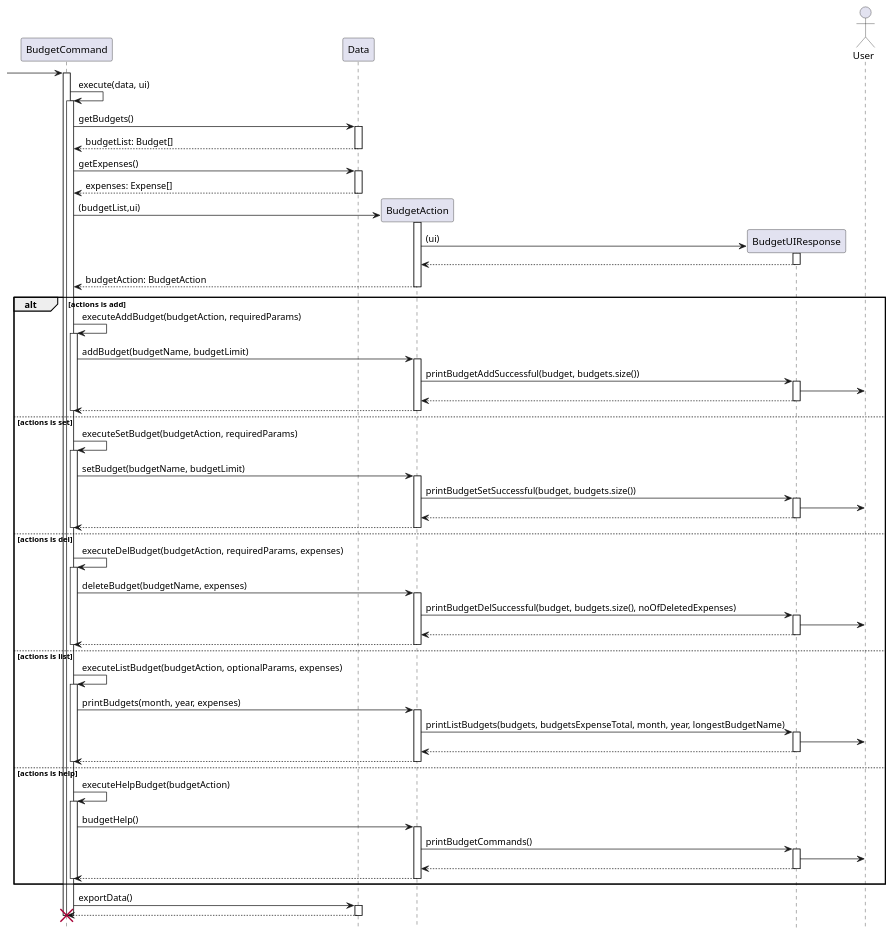
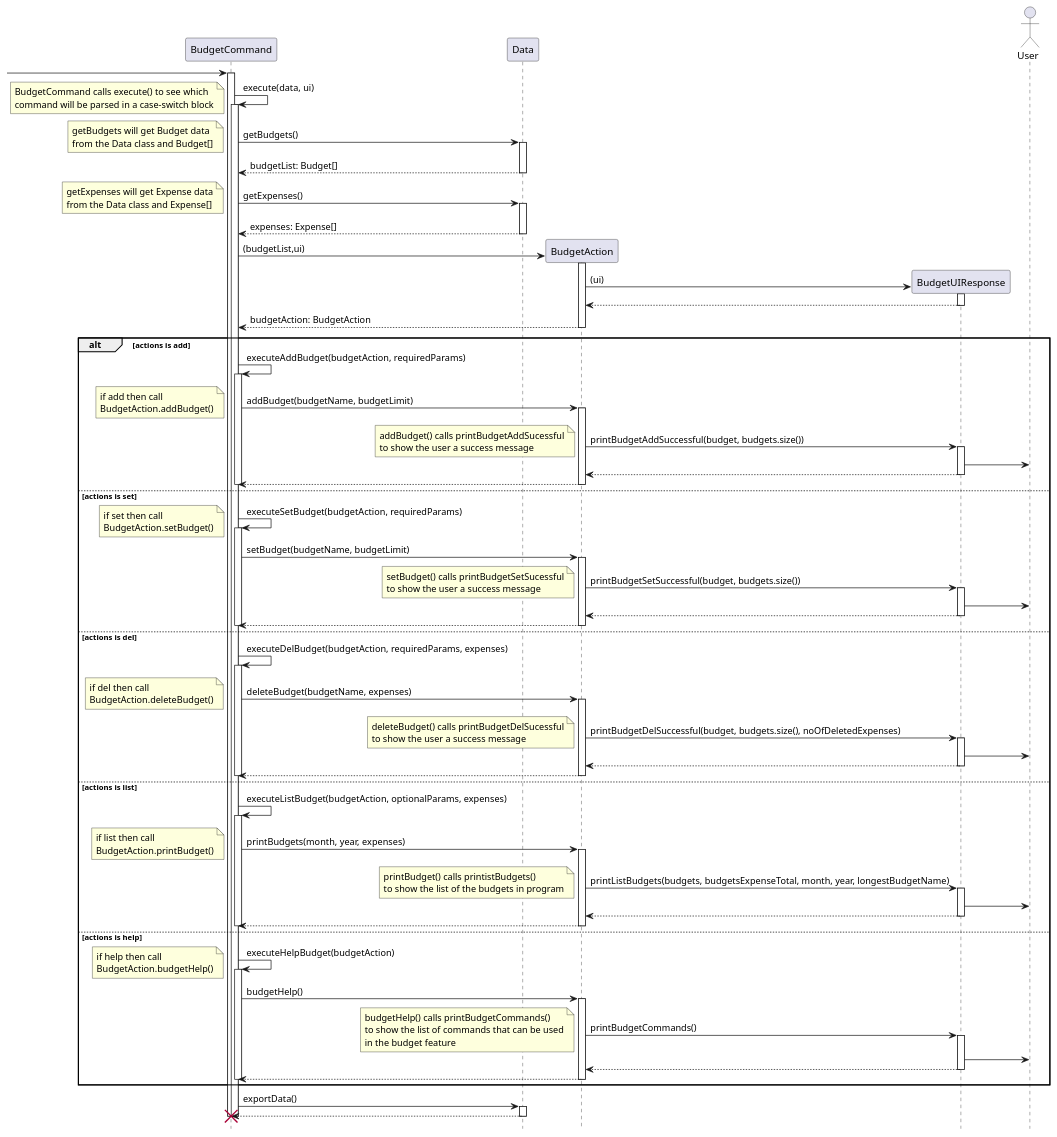
Before and after one commit to stephenkyang/tp: the diagram in docs/diagrams/BudgetCommandSequence.puml, drawn with PlantUML.

Commit message:
Added budget notes.

```diff
--- a/docs/diagrams/BudgetCommandSequence.puml
+++ b/docs/diagrams/BudgetCommandSequence.puml
@@ -1,112 +1,171 @@
 @startuml
 
 hide footbox
 
 participant BudgetCommand
 participant Data
 participant BudgetAction
 participant BudgetUIResponse
 actor User
 
  -> "BudgetCommand":
 
 activate "BudgetCommand"
+
 "BudgetCommand" -> "BudgetCommand": execute(data, ui)
+note left
+    BudgetCommand calls execute() to see which
+    command will be parsed in a case-switch block
+ end note
 activate  "BudgetCommand"
 "BudgetCommand" -> "Data": getBudgets()
+note left
+    getBudgets will get Budget data
+    from the Data class and Budget[]
+ end note
 activate "Data"
+
 return budgetList: Budget[]
 deactivate "Data"
 
 
 "BudgetCommand" -> "Data": getExpenses()
+note left
+    getExpenses will get Expense data
+    from the Data class and Expense[]
+ end note
 activate "Data"
 return expenses: Expense[]
 
+
 "BudgetCommand" -> "BudgetAction" ** : (budgetList,ui)
+
 activate "BudgetAction"
 
 "BudgetAction" -> "BudgetUIResponse" ** : (ui)
 activate "BudgetUIResponse"
 "BudgetUIResponse" --> "BudgetAction"
 deactivate "BudgetUIResponse"
 
 return budgetAction: BudgetAction
 deactivate "BudgetAction"
 
 
 alt actions is add
 "BudgetCommand" -> "BudgetCommand": executeAddBudget(budgetAction, requiredParams)
 activate "BudgetCommand"
 "BudgetCommand" -> "BudgetAction" : addBudget(budgetName, budgetLimit)
+note left
+    if add then call
+    BudgetAction.addBudget()
+ end note
 activate "BudgetAction"
 "BudgetAction" -> "BudgetUIResponse" : printBudgetAddSuccessful(budget, budgets.size())
+note left
+    addBudget() calls printBudgetAddSucessful
+    to show the user a success message
+ end note
 activate "BudgetUIResponse"
 "BudgetUIResponse" -> User
 return
 return
 
 deactivate "BudgetCommand"
 
 else actions is set
+
 "BudgetCommand" -> "BudgetCommand": executeSetBudget(budgetAction, requiredParams)
+note left
+    if set then call
+    BudgetAction.setBudget()
+ end note
 activate "BudgetCommand"
 "BudgetCommand" -> "BudgetAction" : setBudget(budgetName, budgetLimit)
+
 activate "BudgetAction"
 "BudgetAction" -> "BudgetUIResponse" : printBudgetSetSuccessful(budget, budgets.size())
+note left
+    setBudget() calls printBudgetSetSucessful
+    to show the user a success message
+ end note
 activate "BudgetUIResponse"
 "BudgetUIResponse" -> User
 return
 return
 
 deactivate "BudgetCommand"
 
 else actions is del
 "BudgetCommand" -> "BudgetCommand": executeDelBudget(budgetAction, requiredParams, expenses)
 activate "BudgetCommand"
 "BudgetCommand" -> "BudgetAction" : deleteBudget(budgetName, expenses)
+note left
+    if del then call
+    BudgetAction.deleteBudget()
+ end note
 activate "BudgetAction"
 "BudgetAction" -> "BudgetUIResponse" : printBudgetDelSuccessful(budget, budgets.size(), noOfDeletedExpenses)
+note left
+    deleteBudget() calls printBudgetDelSucessful
+    to show the user a success message
+ end note
 activate "BudgetUIResponse"
 "BudgetUIResponse" -> User
 return
 return
 
 deactivate "BudgetCommand"
 
 else actions is list
 "BudgetCommand" -> "BudgetCommand": executeListBudget(budgetAction, optionalParams, expenses)
 activate "BudgetCommand"
 "BudgetCommand" -> "BudgetAction" : printBudgets(month, year, expenses)
+note left
+    if list then call
+    BudgetAction.printBudget()
+ end note
 activate "BudgetAction"
 "BudgetAction" -> "BudgetUIResponse" : printListBudgets(budgets, budgetsExpenseTotal, month, year, longestBudgetName)
+note left
+    printBudget() calls printistBudgets()
+    to show the list of the budgets in program
+ end note
 activate "BudgetUIResponse"
 "BudgetUIResponse" -> User
 return
 return
 
 deactivate "BudgetCommand"
 
 else actions is help
 "BudgetCommand" -> "BudgetCommand": executeHelpBudget(budgetAction)
+note left
+    if help then call
+    BudgetAction.budgetHelp()
+ end note
 activate "BudgetCommand"
 "BudgetCommand" -> "BudgetAction" : budgetHelp()
 activate "BudgetAction"
 "BudgetAction" -> "BudgetUIResponse" : printBudgetCommands()
+note left
+    budgetHelp() calls printBudgetCommands()
+    to show the list of commands that can be used
+    in the budget feature
+ end note
 activate "BudgetUIResponse"
 "BudgetUIResponse" -> User
 return
 return
 
 deactivate "BudgetCommand"
 end
 
 "BudgetCommand" -> "Data": exportData()
 activate "Data"
 return
 deactivate "Data"
 
 destroy "BudgetCommand"
 deactivate "BudgetCommand"
 
 @enduml
```
